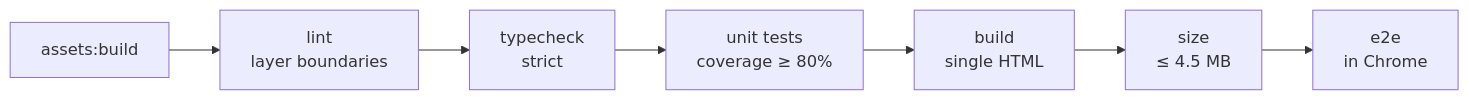
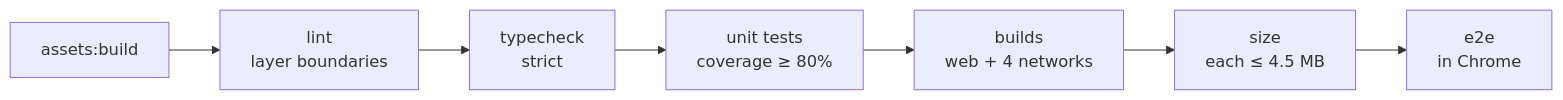
Before and after one commit to sburdenko/bub-playables-pixi: the sixth of 6 diagrams in README.md, drawn with Mermaid. The commit also changed other lines of this file and 20 other files, not shown here.

````diff
--- a/README.md
+++ b/README.md
@@ -226,4 +244,4 @@
 ```mermaid
 flowchart LR
-    a[assets:build] --> b[lint<br/>layer boundaries] --> c[typecheck<br/>strict] --> d[unit tests<br/>coverage ≥ 80%] --> e[build<br/>single HTML] --> f[size<br/>≤ 4.5 MB] --> g[e2e<br/>in Chrome]
+    a[assets:build] --> b[lint<br/>layer boundaries] --> c[typecheck<br/>strict] --> d[unit tests<br/>coverage ≥ 80%] --> e[builds<br/>web + 4 networks] --> f[size<br/>each ≤ 4.5 MB] --> g[e2e<br/>in Chrome]
 ```
````
